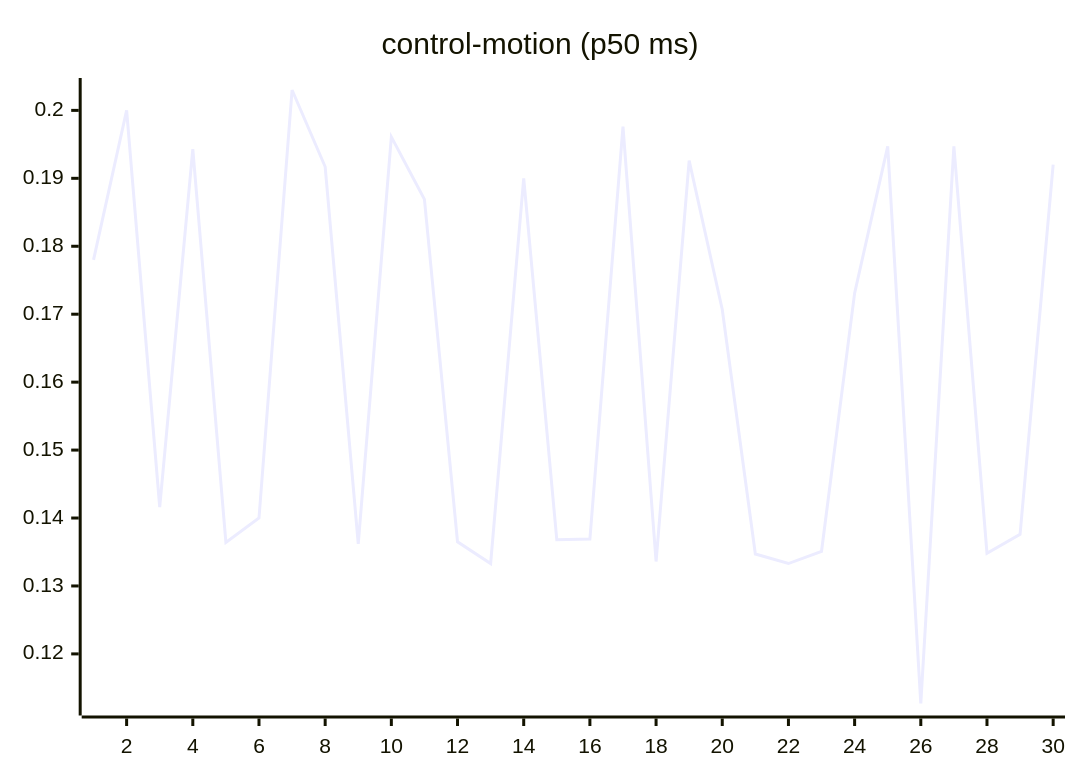
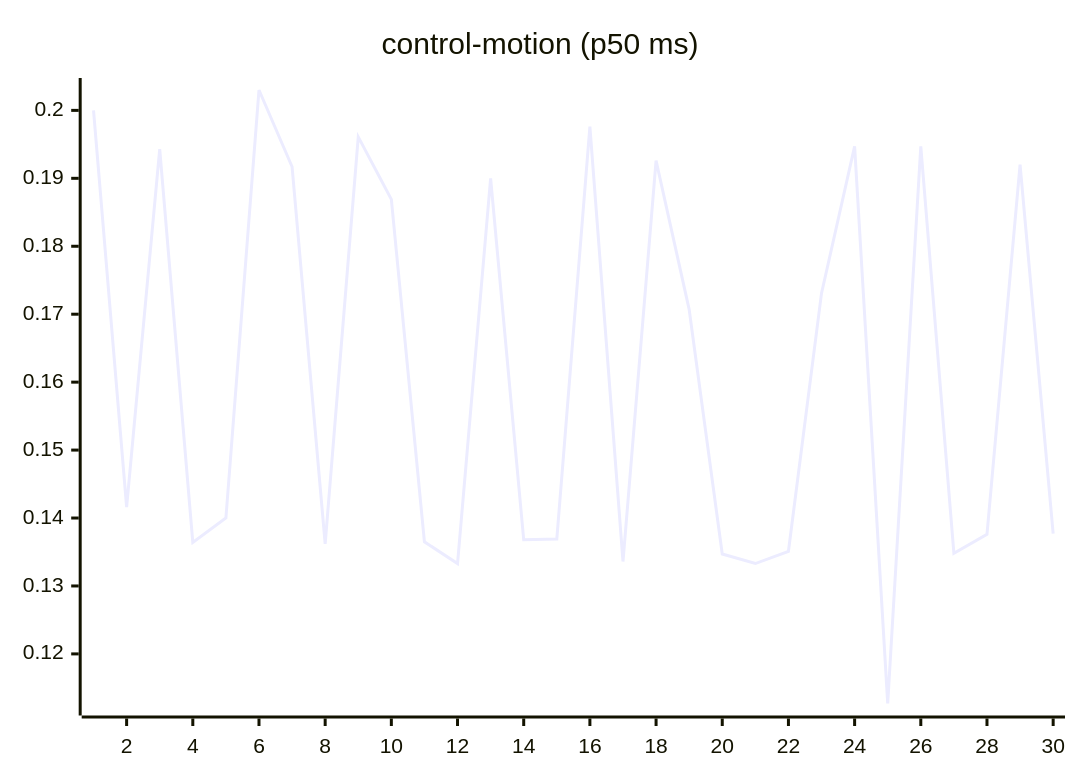
Before and after one commit to josha/Facet: the seventh of 27 diagrams in README.md, drawn with Mermaid. The commit also changed other lines of this file and 2 other files, not shown here.

````diff
--- a/README.md
+++ b/README.md
@@ -105,6 +105,6 @@
 ```mermaid
 xychart-beta
     title "control-motion (p50 ms)"
     x-axis 1 --> 30
-    line [0.1780, 0.2000, 0.1416, 0.1943, 0.1364, 0.1400, 0.2030, 0.1917, 0.1362, 0.1961, 0.1869, 0.1365, 0.1333, 0.1900, 0.1368, 0.1369, 0.1976, 0.1336, 0.1926, 0.1707, 0.1347, 0.1333, 0.1351, 0.1731, 0.1947, 0.1127, 0.1947, 0.1348, 0.1376, 0.1920]
+    line [0.2000, 0.1416, 0.1943, 0.1364, 0.1400, 0.2030, 0.1917, 0.1362, 0.1961, 0.1869, 0.1365, 0.1333, 0.1900, 0.1368, 0.1369, 0.1976, 0.1336, 0.1926, 0.1707, 0.1347, 0.1333, 0.1351, 0.1731, 0.1947, 0.1127, 0.1947, 0.1348, 0.1376, 0.1920, 0.1377]
 ```
````
